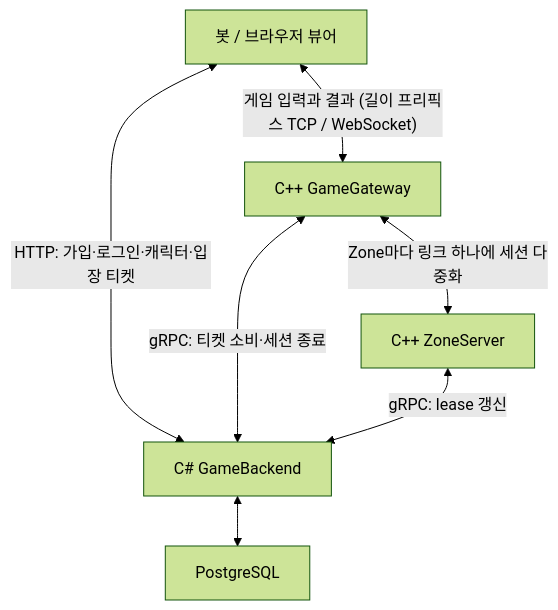
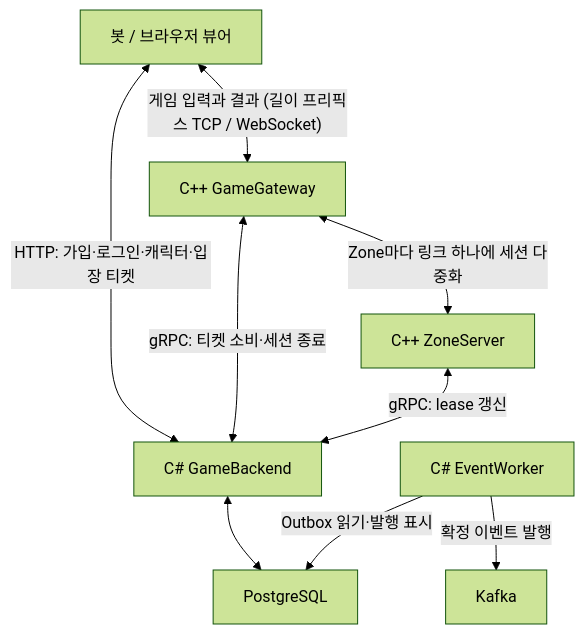
One commit to hstar0124/sa-server changed the first of 9 diagrams in README.md. Above: the diagram before and after it, drawn with Mermaid (forest theme). The commit also changed other lines of this file and 2 other files, not shown here.

Commit message:
docs: feature 35 write-up and the event publisher in the README

````diff
--- a/README.md
+++ b/README.md
@@ -11,15 +11,19 @@
 ```mermaid
 flowchart TD
     C["봇 / 브라우저 뷰어"]
     G["C++ GameGateway"]
     Z["C++ ZoneServer"]
     B["C# GameBackend"]
     P["PostgreSQL"]
+    E["C# EventWorker"]
+    K["Kafka"]
 
     C <-->|"게임 입력과 결과 (길이 프리픽스 TCP / WebSocket)"| G
     C <-->|"HTTP: 가입·로그인·캐릭터·입장 티켓"| B
     G <-->|"Zone마다 링크 하나에 세션 다중화"| Z
     G <-->|"gRPC: 티켓 소비·세션 종료"| B
     Z <-->|"gRPC: lease 갱신"| B
     B <--> P
+    E -->|"Outbox 읽기·발행 표시"| P
+    E -->|"확정 이벤트 발행"| K
 ```
````
